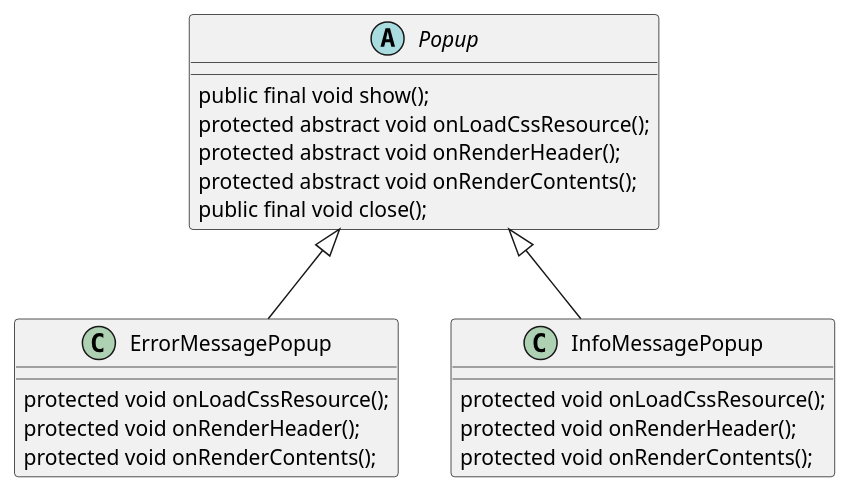
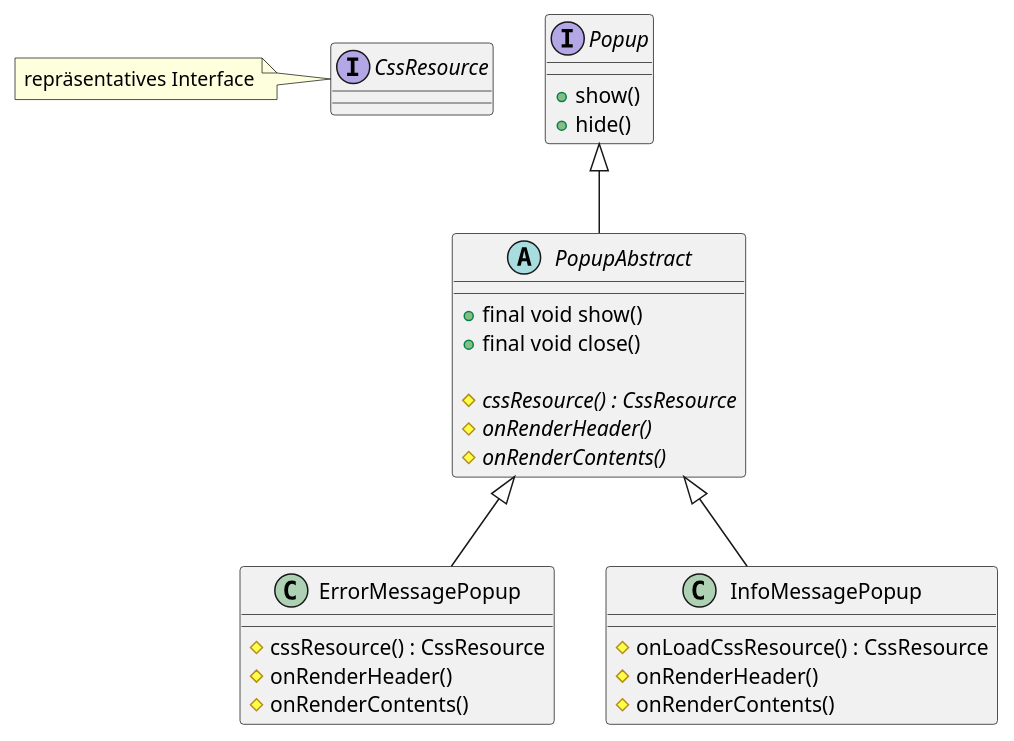
Before and after one commit to Atrusberlin/Learning: the diagram in Patterns/src/main/java/de/dranke/learning/patterns/templatemethod/abstractsuperclass/AbstractTemplateMethod.puml, drawn with PlantUML. The commit also changed 11 other files, not shown here.

```diff
--- a/Patterns/src/main/java/de/dranke/learning/patterns/templatemethod/abstractsuperclass/AbstractTemplateMethod.puml
+++ b/Patterns/src/main/java/de/dranke/learning/patterns/templatemethod/abstractsuperclass/AbstractTemplateMethod.puml
@@ -1,27 +1,37 @@
 @startuml
 
-Popup <|-- ErrorMessagePopup
-Popup <|-- InfoMessagePopup
-
-abstract class Popup {
-  public final void show();
-  protected abstract void onLoadCssResource();
-  protected abstract void onRenderHeader();
-  protected abstract void onRenderContents();
-  public final void close();
+interface Popup {
+  + show()
+  + hide()
 }
 
+Popup <|-- PopupAbstract
+
+PopupAbstract <|-- ErrorMessagePopup
+PopupAbstract <|-- InfoMessagePopup
+
+abstract class PopupAbstract {
+  + final void show()
+  + final void close()
+
+  # {abstract} cssResource() : CssResource
+  # {abstract} onRenderHeader()
+  # {abstract} onRenderContents()
+}
+
+interface CssResource
+note left: repräsentatives Interface
 
 class ErrorMessagePopup {
-  protected void onLoadCssResource();
-  protected void onRenderHeader();
-  protected void onRenderContents();
+  # cssResource() : CssResource
+  # onRenderHeader()
+  # onRenderContents()
 }
 
 class InfoMessagePopup {
-  protected void onLoadCssResource();
-  protected void onRenderHeader();
-  protected void onRenderContents();
+  # onLoadCssResource() : CssResource
+  # onRenderHeader()
+  # onRenderContents()
 }
 
 @enduml
```
